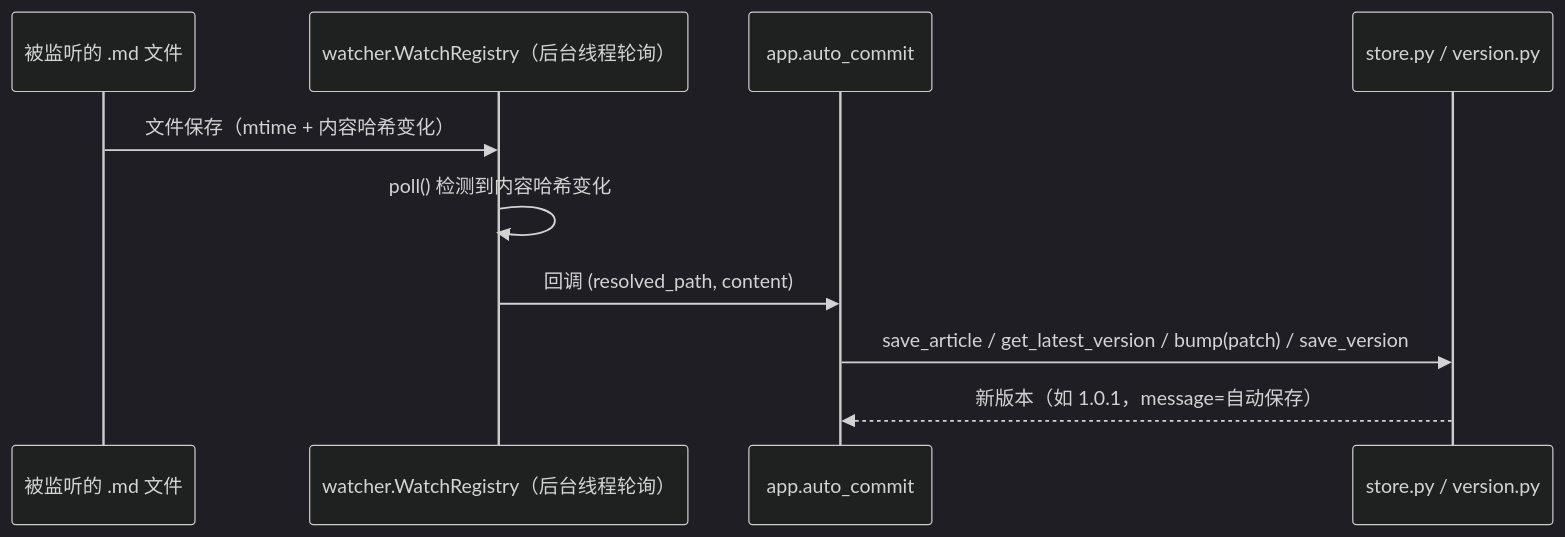
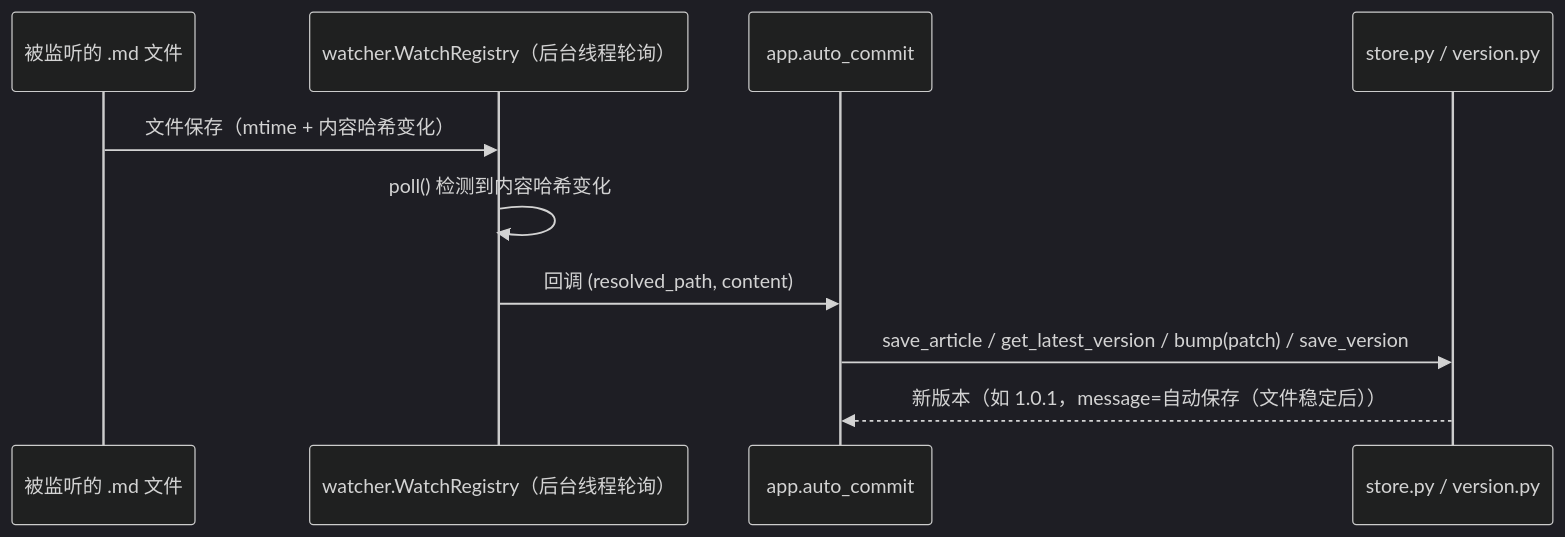
One commit to se-veN714/PowerAdapter-Diff_Devenir changed the fifth of 6 diagrams in DEVELOPMENT.md. Above: the diagram before and after it, drawn with Mermaid (dark theme). The commit also changed other lines of this file and 4 other files, not shown here.

````diff
--- a/DEVELOPMENT.md
+++ b/DEVELOPMENT.md
@@ -178,13 +179,13 @@
 ```mermaid
 sequenceDiagram
     participant F as 被监听的 .md 文件
     participant W as watcher.WatchRegistry（后台线程轮询）
     participant A as app.auto_commit
     participant ST as store.py / version.py
 
     F->>W: 文件保存（mtime + 内容哈希变化）
     W->>W: poll() 检测到内容哈希变化
     W->>A: 回调 (resolved_path, content)
     A->>ST: save_article / get_latest_version / bump(patch) / save_version
-    ST-->>A: 新版本（如 1.0.1，message=自动保存）
+    ST-->>A: 新版本（如 1.0.1，message=自动保存（文件稳定后））
 ```
````
